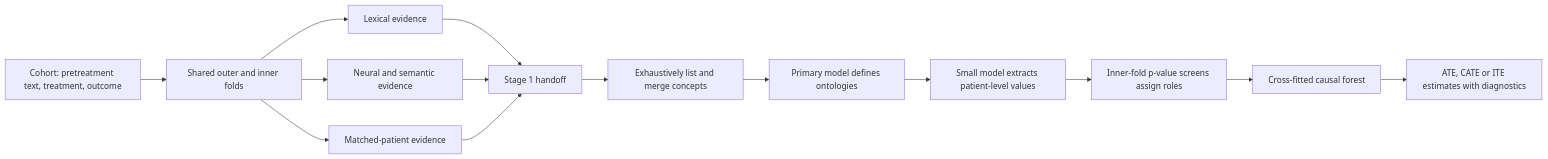
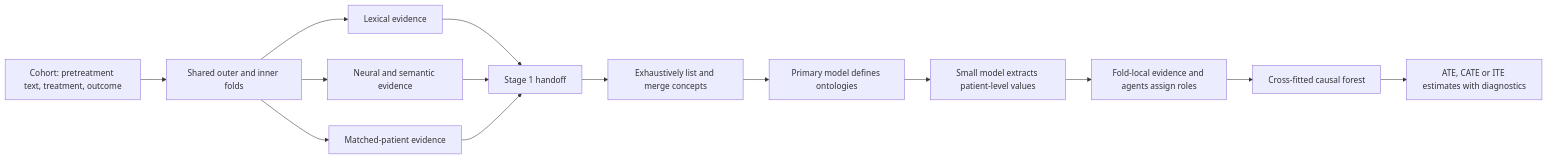
One commit to kenlkehl/causal-dragonnet-text changed the first of 3 diagrams in README.md. Above: the diagram before and after it, drawn with Mermaid. The commit also changed other lines of this file and 12 other files, not shown here.

````diff
--- a/README.md
+++ b/README.md
@@ -215,16 +215,16 @@
 ```mermaid
 flowchart LR
     A["Cohort: pretreatment text, treatment, outcome"] --> B["Shared outer and inner folds"]
     B --> C1["Lexical evidence"]
     B --> C2["Neural and semantic evidence"]
     B --> C3["Matched-patient evidence"]
     C1 --> D["Stage 1 handoff"]
     C2 --> D
     C3 --> D
     D --> E["Exhaustively list and merge concepts"]
     E --> F["Primary model defines ontologies"]
     F --> G["Small model extracts patient-level values"]
-    G --> H["Inner-fold p-value screens assign roles"]
+    G --> H["Fold-local evidence and agents assign roles"]
     H --> J["Cross-fitted causal forest"]
     J --> I["ATE, CATE or ITE estimates with diagnostics"]
 ```
````
